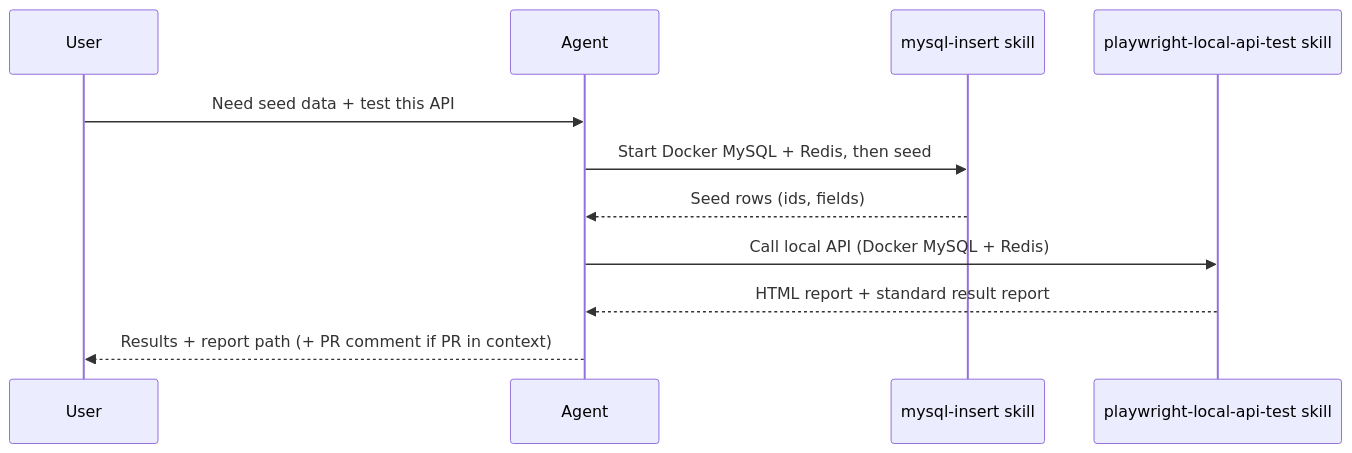
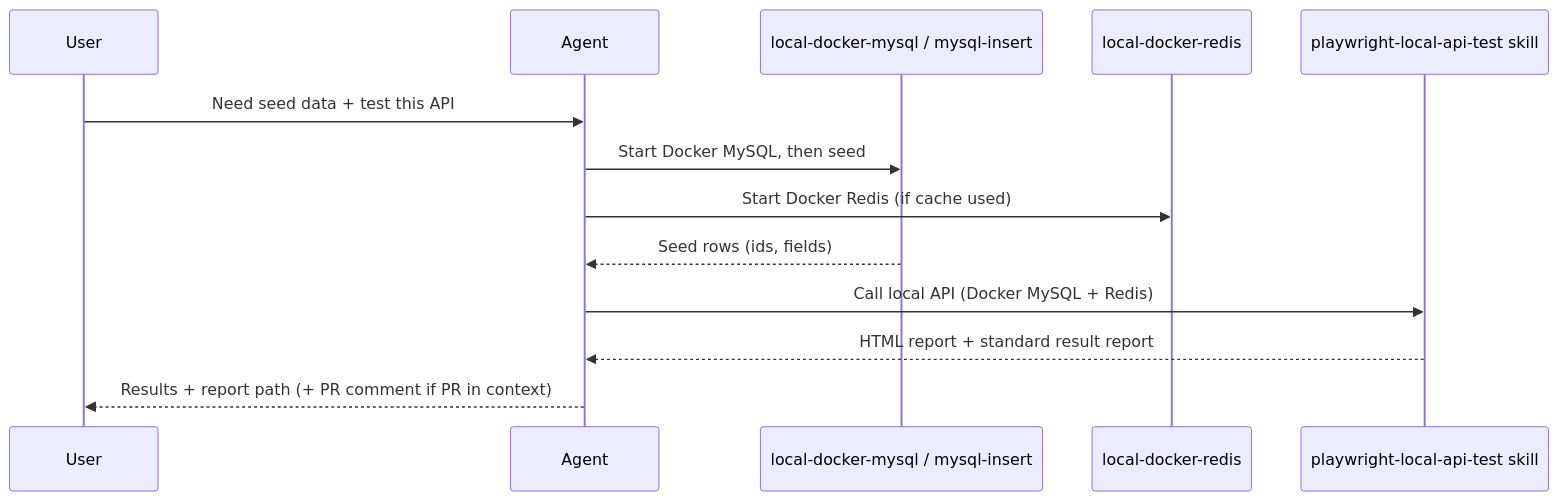
One commit to prapsky/agent-skills changed the first of 3 diagrams in README.md. Above: the diagram before and after it, drawn with Mermaid. The commit also changed other lines of this file and 11 other files, not shown here.

Commit message:
Add four reusable local Docker store skills (MySQL, Redis, DynamoDB, Firestore) so any company can seed and test without hard-coded product names.

````diff
--- a/README.md
+++ b/README.md
@@ -92,14 +86,16 @@
 ```mermaid
 sequenceDiagram
   participant User
   participant Agent
-  participant MySQL as mysql-insert skill
+  participant MySQL as local-docker-mysql / mysql-insert
+  participant Redis as local-docker-redis
   participant PW as playwright-local-api-test skill
 
   User->>Agent: Need seed data + test this API
-  Agent->>MySQL: Start Docker MySQL + Redis, then seed
+  Agent->>MySQL: Start Docker MySQL, then seed
+  Agent->>Redis: Start Docker Redis (if cache used)
   MySQL-->>Agent: Seed rows (ids, fields)
   Agent->>PW: Call local API (Docker MySQL + Redis)
   PW-->>Agent: HTML report + standard result report
   Agent-->>User: Results + report path (+ PR comment if PR in context)
 ```
````
